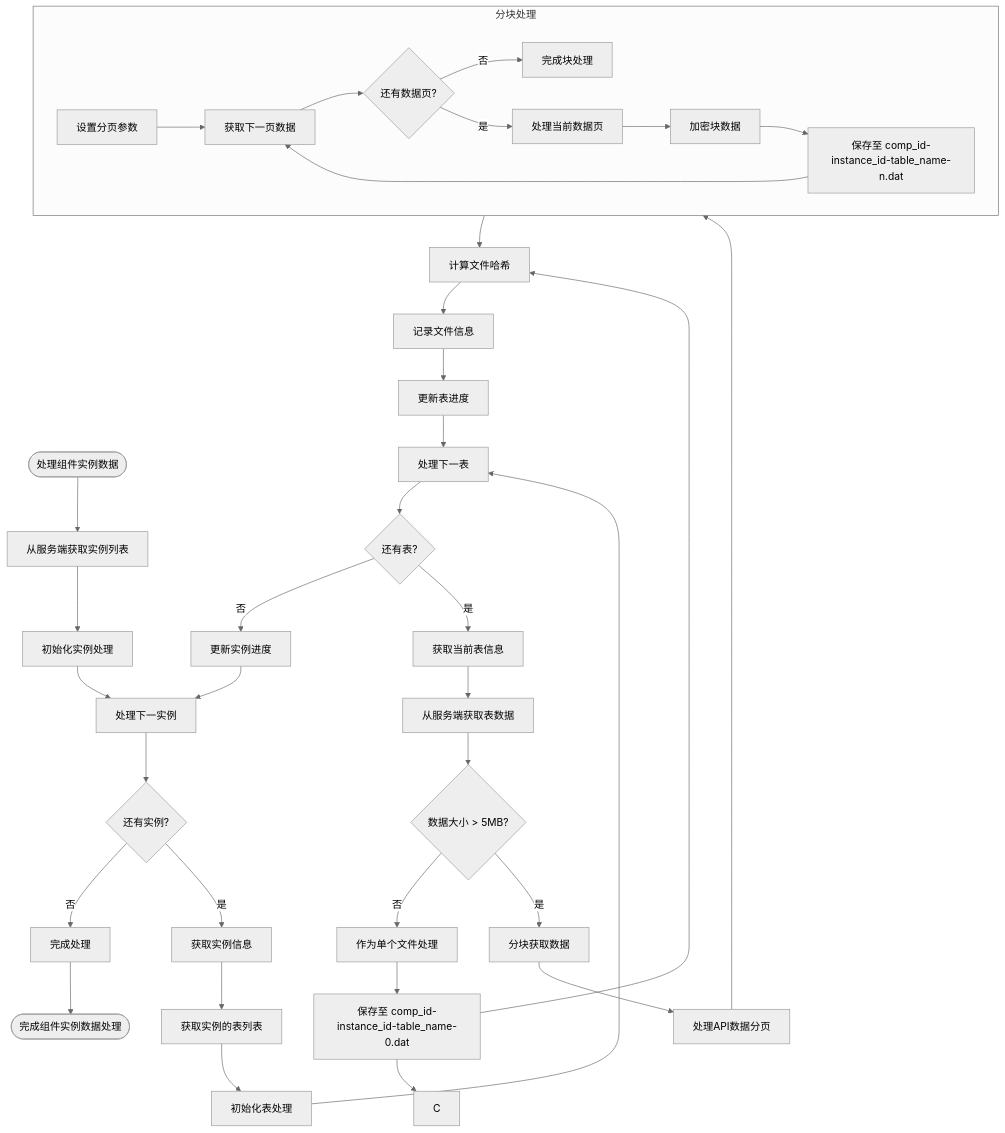
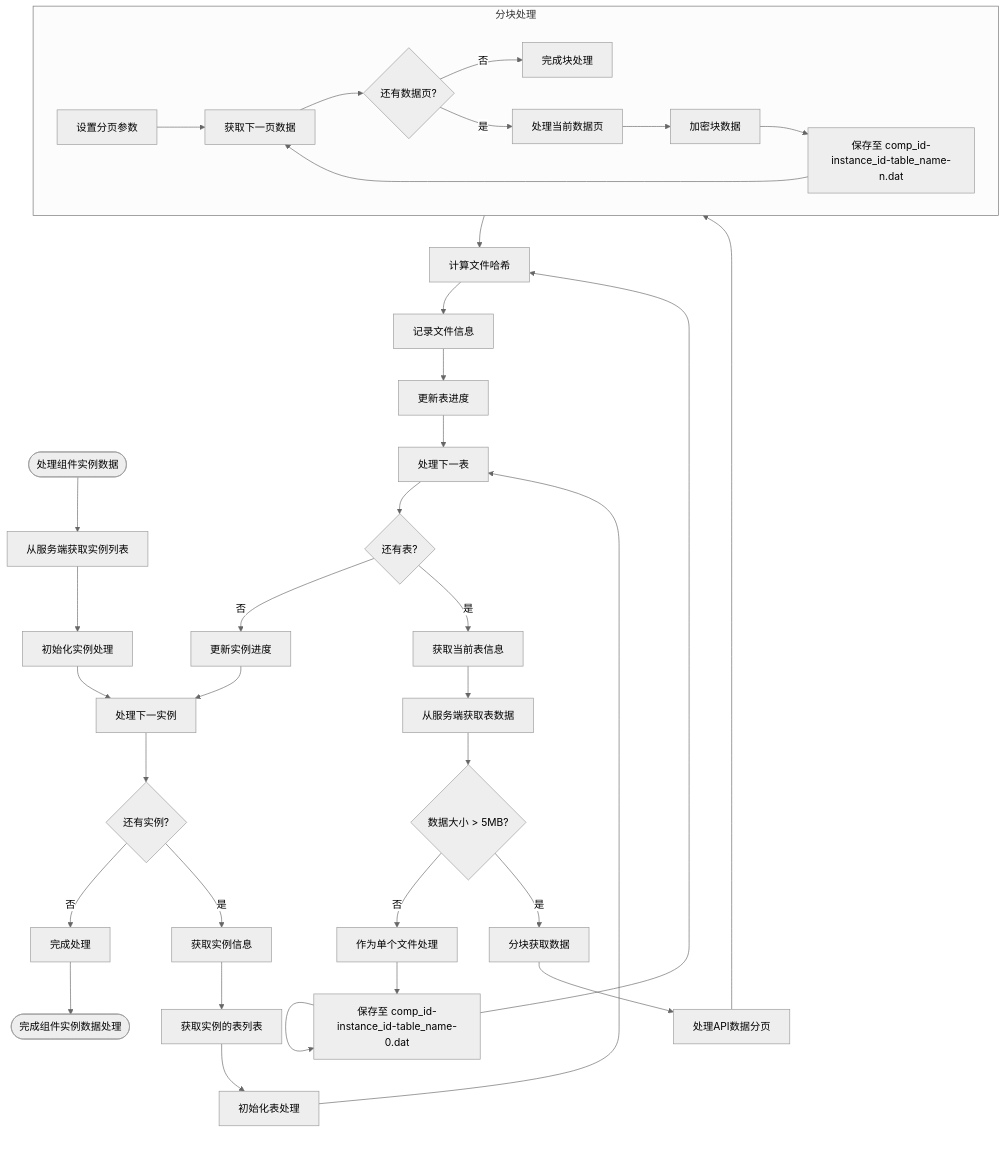
One commit to yingjianzh/iodraw-files changed the diagram in all/未命名-52.md. Above: the diagram before and after it, drawn with Mermaid (neutral theme).

Commit message:
2025-05-09 15:22:08 update

````diff
--- a/all/未命名-52.md
+++ b/all/未命名-52.md
@@ -1,51 +1,51 @@
 ```mermaid
 flowchart TD
     Start([处理组件实例数据]) --> FetchInstanceList[从服务端获取实例列表]
     FetchInstanceList --> InitInstanceProcess[初始化实例处理]
     
     InitInstanceProcess --> ProcessNextInst[处理下一实例]
     ProcessNextInst --> MoreInsts{还有实例?}
     MoreInsts -->|否| CompleteProcess[完成处理]
     MoreInsts -->|是| GetInstanceInfo[获取实例信息]
     
     GetInstanceInfo --> FetchTableList[获取实例的表列表]
     FetchTableList --> InitTableProcess[初始化表处理]
     
     InitTableProcess --> ProcessNextTable[处理下一表]
     ProcessNextTable --> MoreTables{还有表?}
     MoreTables -->|否| UpdateInstProgress[更新实例进度]
     MoreTables -->|是| GetTableInfo[获取当前表信息]
     
     UpdateInstProgress --> ProcessNextInst
     
     GetTableInfo --> FetchTableData[从服务端获取表数据]
     FetchTableData --> DataSize{数据大小 > 5MB?}
     
     DataSize -->|否| SingleFile[作为单个文件处理]
     DataSize -->|是| ChunkedFetch[分块获取数据]
     
     SingleFile --> SaveInstData[保存至 comp_id-instance_id-table_name-0.dat]
     ChunkedFetch --> ProcessAPIChunks[处理API数据分页]
     
     subgraph ChunkProcess [分块处理]
         C1[设置分页参数] --> C2[获取下一页数据]
         C2 --> C3{还有数据页?}
         C3 -->|否| C7[完成块处理]
         C3 -->|是| C4[处理当前数据页]
         C4 --> C5[加密块数据]
         C5 --> C6[保存至 comp_id-instance_id-table_name-n.dat]
         C6 --> C2
     end
     
     ProcessAPIChunks --> ChunkProcess
     
-    SaveInstData --> C
+    SaveInstData --> 
     SaveInstData --> CalcFileHash[计算文件哈希]
     ChunkProcess --> CalcFileHash
     
     CalcFileHash --> RecordFileInfo[记录文件信息]
     RecordFileInfo --> UpdateTableProgress[更新表进度]
     UpdateTableProgress --> ProcessNextTable
     
     CompleteProcess --> End([完成组件实例数据处理])
 ```
````
